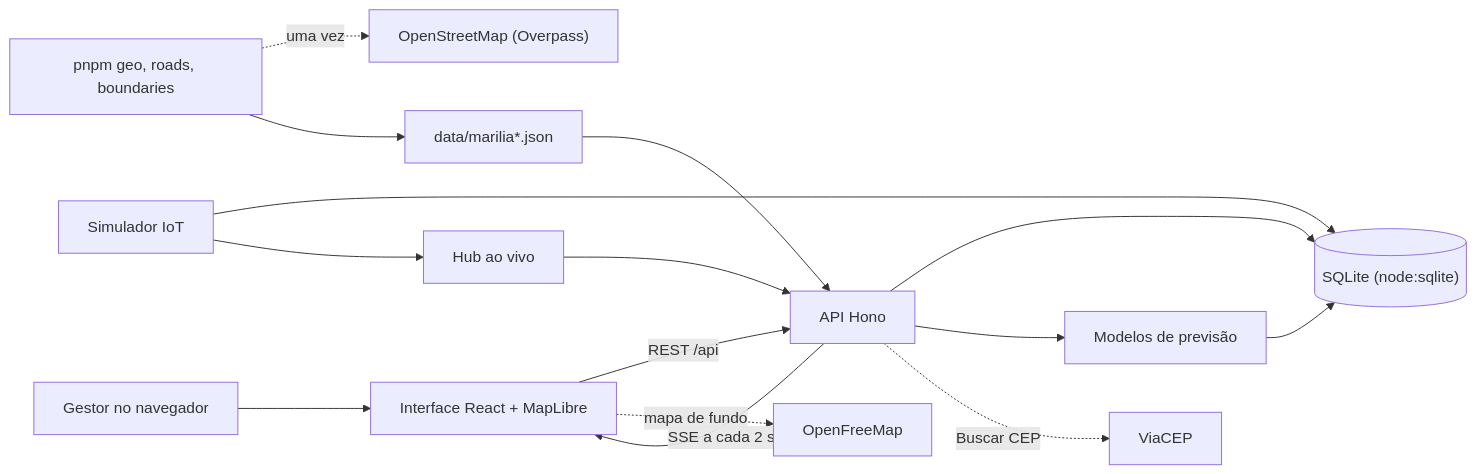
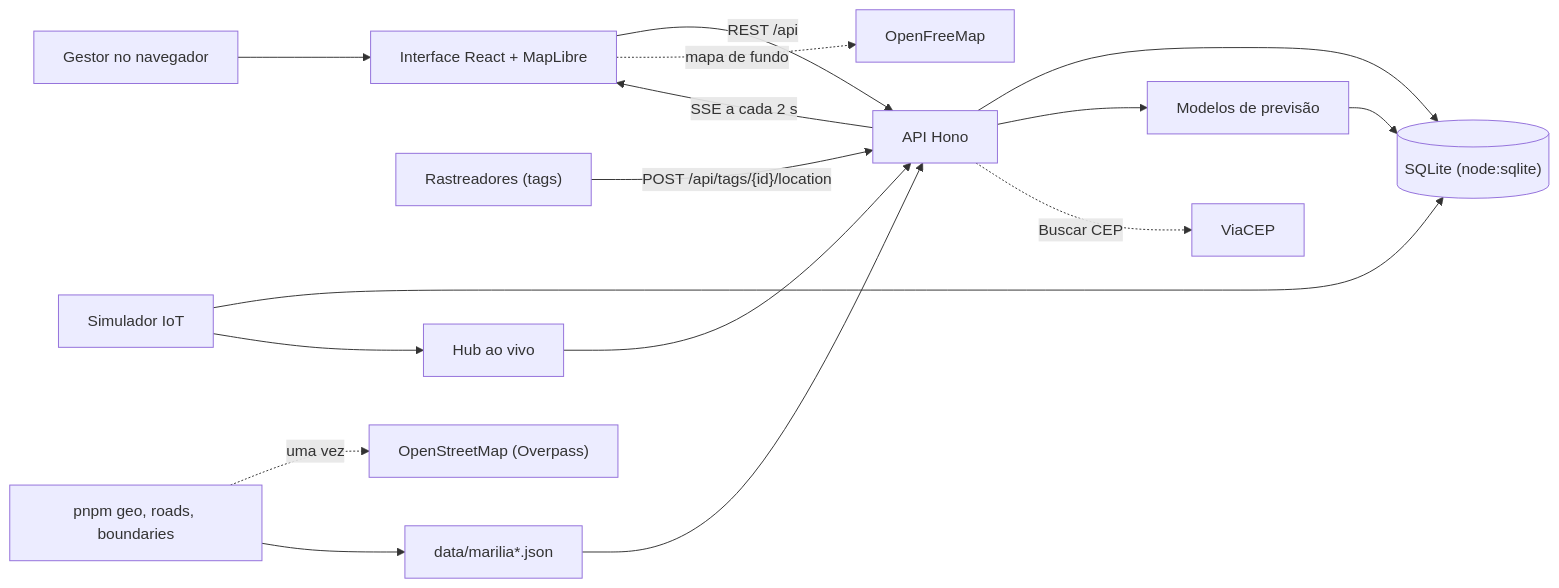
The diagram in README.md (pedrohaveloso/fogo), drawn with Mermaid before and after one commit. The commit also changed other lines of this file and 17 other files, not shown here.

Commit message:
feat: add tracker tags so devices can report their location

````diff
--- a/README.md
+++ b/README.md
@@ -108,17 +110,18 @@
 ```mermaid
 flowchart LR
   gestor["Gestor no navegador"] --> web["Interface React + MapLibre"]
   web -- "REST /api" --> api["API Hono"]
   api -- "SSE a cada 2 s" --> web
   api --> db[("SQLite (node:sqlite)")]
   sim["Simulador IoT"] --> db
+  tag["Rastreadores (tags)"] -- "POST /api/tags/{id}/location" --> api
   sim --> hub["Hub ao vivo"]
   hub --> api
   pred["Modelos de previsão"] --> db
   api --> pred
   web -. "mapa de fundo" .-> ofm["OpenFreeMap"]
   api -. "Buscar CEP" .-> viacep["ViaCEP"]
   scripts["pnpm geo, roads, boundaries"] -. "uma vez" .-> osm["OpenStreetMap (Overpass)"]
   scripts --> geo["data/marilia*.json"]
   geo --> api
 ```
````
